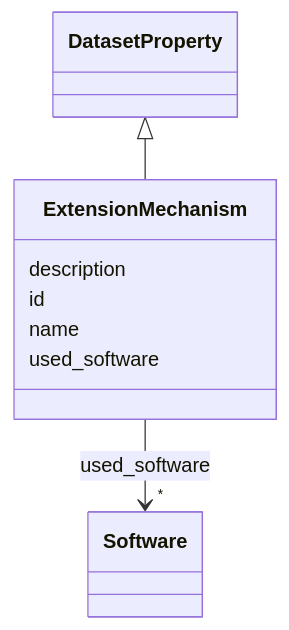
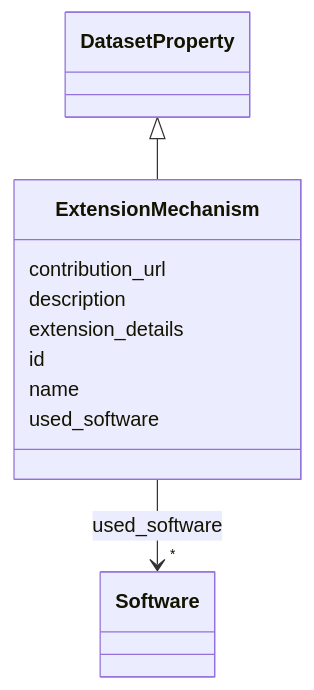
The diagram in docs/ExtensionMechanism.md (bridge2ai/data-sheets-schema), drawn with Mermaid before and after one commit. The commit also changed other lines of this file and 682 other files, not shown here.

````diff
--- a/docs/ExtensionMechanism.md
+++ b/docs/ExtensionMechanism.md
@@ -20,26 +20,30 @@
 ```mermaid
  classDiagram
     class ExtensionMechanism
     click ExtensionMechanism href "../ExtensionMechanism/"
       DatasetProperty <|-- ExtensionMechanism
         click DatasetProperty href "../DatasetProperty/"
       
+      ExtensionMechanism : contribution_url
+        
       ExtensionMechanism : description
+        
+      ExtensionMechanism : extension_details
         
       ExtensionMechanism : id
         
       ExtensionMechanism : name
         
       ExtensionMechanism : used_software
         
           
     
         
         
         ExtensionMechanism --> "*" Software : used_software
         click Software href "../Software/"
     
 
         
       
 ```
````
